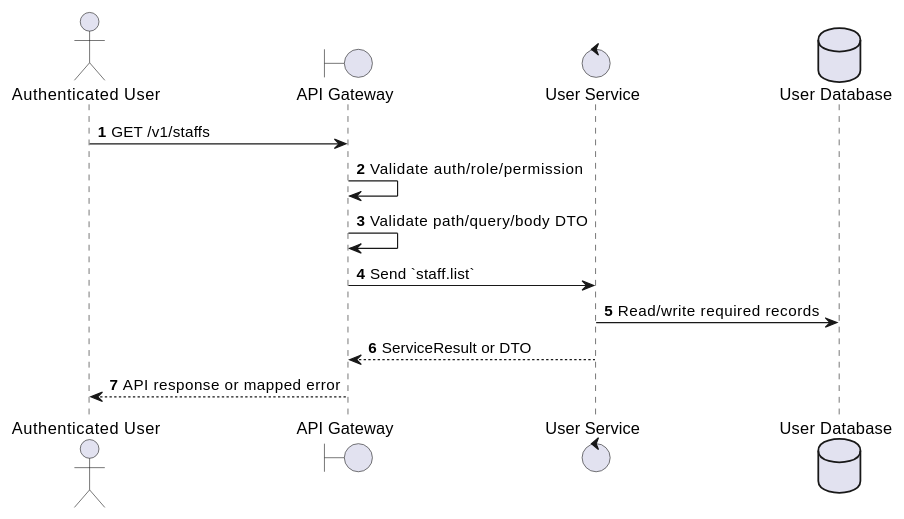
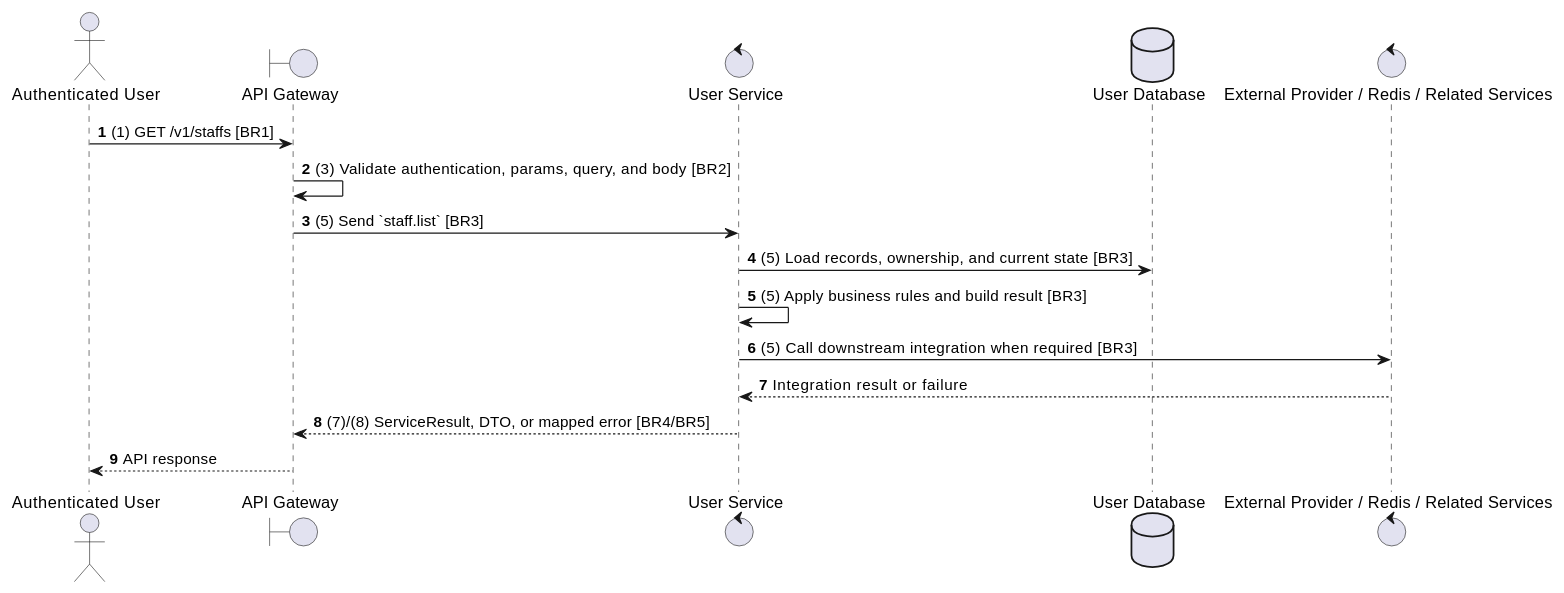
One commit to Tanh1603/movie-hub-architecture changed the second of 2 diagrams in docs/functional_specs/3.1_User_Management/UM-05_List_Staff.md. Above: the diagram before and after it, drawn with PlantUML. The commit also changed other lines of this file and 129 other files, not shown here.

````diff
--- a/docs/functional_specs/3.1_User_Management/UM-05_List_Staff.md
+++ b/docs/functional_specs/3.1_User_Management/UM-05_List_Staff.md
@@ -17,17 +64,20 @@
 ```plantuml
 @startuml
 autonumber
 actor "Authenticated User" as Actor
 boundary "API Gateway" as GW
 control "User Service" as SVC
 database "User Database" as DB
+control "External Provider / Redis / Related Services" as EXT
 
-Actor -> GW: GET /v1/staffs
-GW -> GW: Validate auth/role/permission
-GW -> GW: Validate path/query/body DTO
-GW -> SVC: Send `staff.list`
-SVC -> DB: Read/write required records
-SVC --> GW: ServiceResult or DTO
-GW --> Actor: API response or mapped error
+Actor -> GW: (1) GET /v1/staffs [BR1]
+GW -> GW: (3) Validate authentication, params, query, and body [BR2]
+GW -> SVC: (5) Send `staff.list` [BR3]
+SVC -> DB: (5) Load records, ownership, and current state [BR3]
+SVC -> SVC: (5) Apply business rules and build result [BR3]
+SVC -> EXT: (5) Call downstream integration when required [BR3]
+EXT --> SVC: Integration result or failure
+SVC --> GW: (7)/(8) ServiceResult, DTO, or mapped error [BR4/BR5]
+GW --> Actor: API response
 @enduml
 ```
````
